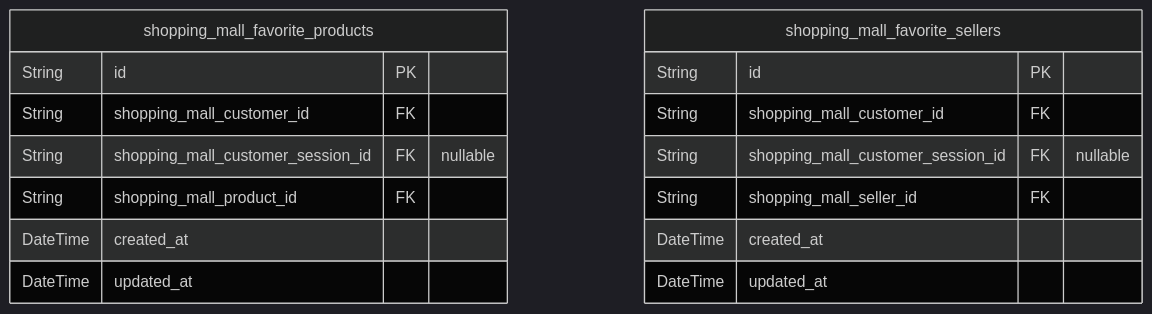
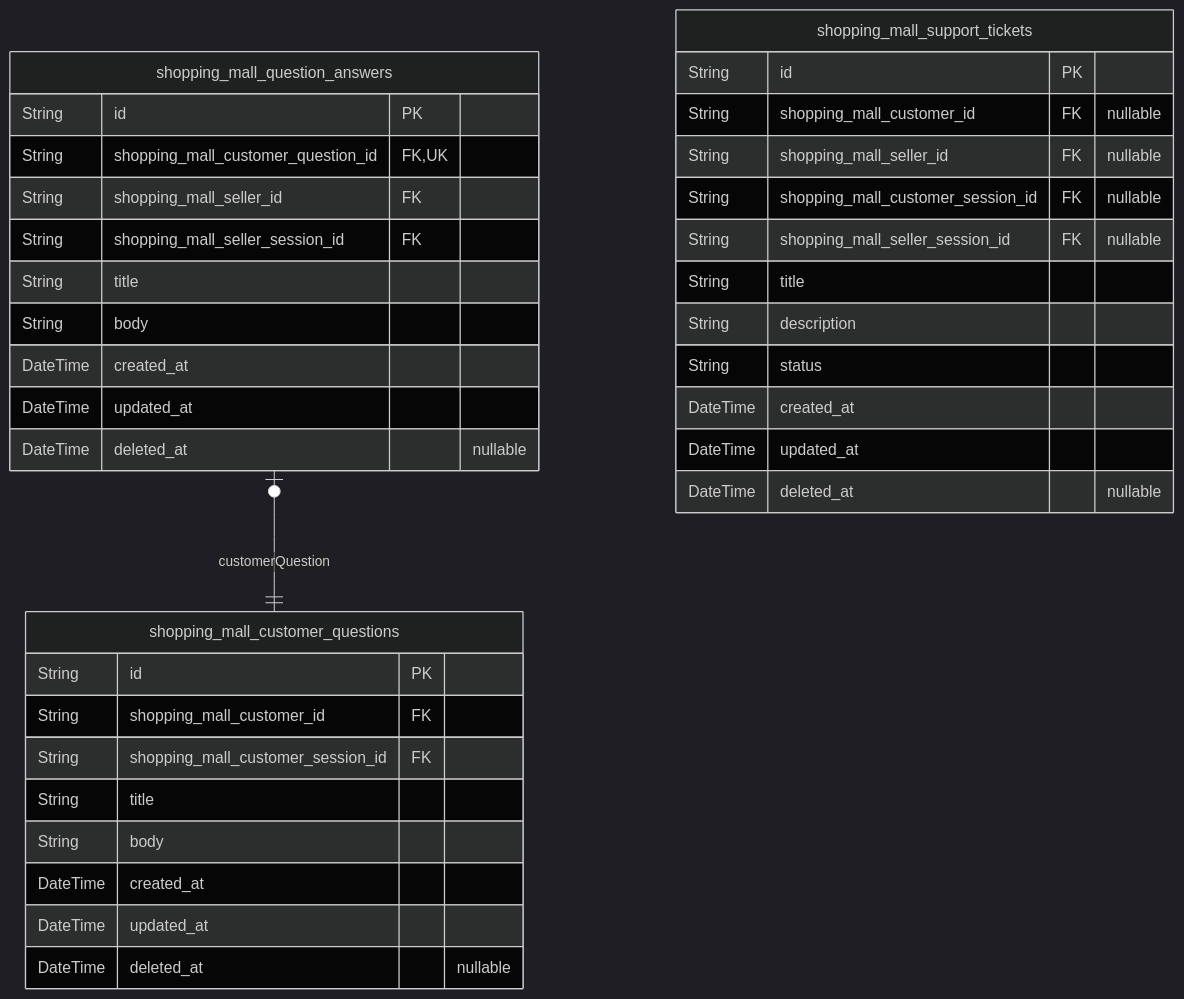
Before and after one commit to wrtnlabs/autobe-examples: the eighth of 10 diagrams in openai/gpt-4.1-mini/shopping/docs/ERD.md, drawn with Mermaid (dark theme). The commit also changed other lines of this file and 1553 other files, not shown here.

````diff
--- a/openai/gpt-4.1-mini/shopping/docs/ERD.md
+++ b/openai/gpt-4.1-mini/shopping/docs/ERD.md
@@ -1329,19 +1025,38 @@
 ```mermaid
 erDiagram
-"shopping_mall_favorite_products" {
+"shopping_mall_customer_questions" {
   String id PK
   String shopping_mall_customer_id FK
-  String shopping_mall_customer_session_id FK "nullable"
-  String shopping_mall_product_id FK
+  String shopping_mall_customer_session_id FK
+  String title
+  String body
   DateTime created_at
   DateTime updated_at
+  DateTime deleted_at "nullable"
 }
-"shopping_mall_favorite_sellers" {
+"shopping_mall_question_answers" {
   String id PK
-  String shopping_mall_customer_id FK
-  String shopping_mall_customer_session_id FK "nullable"
+  String shopping_mall_customer_question_id FK,UK
   String shopping_mall_seller_id FK
+  String shopping_mall_seller_session_id FK
+  String title
+  String body
   DateTime created_at
   DateTime updated_at
+  DateTime deleted_at "nullable"
 }
+"shopping_mall_support_tickets" {
+  String id PK
+  String shopping_mall_customer_id FK "nullable"
+  String shopping_mall_seller_id FK "nullable"
+  String shopping_mall_customer_session_id FK "nullable"
+  String shopping_mall_seller_session_id FK "nullable"
+  String title
+  String description
+  String status
+  DateTime created_at
+  DateTime updated_at
+  DateTime deleted_at "nullable"
+}
+"shopping_mall_question_answers" |o--|| "shopping_mall_customer_questions" : customerQuestion
 ```
````
